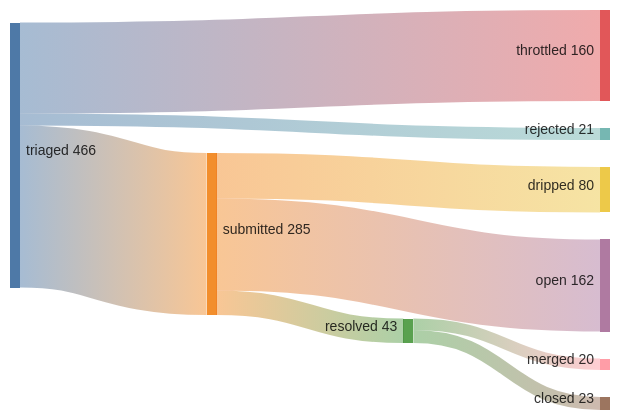
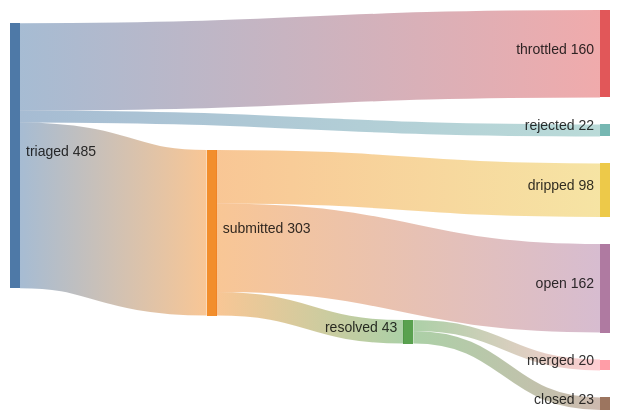
One commit to kimjune01/kimjune01 changed the first of 2 diagrams in README.md. Above: the diagram before and after it, drawn with Mermaid. The commit also changed other lines of this file, not shown here.

Commit message:
stats: 20/43 = 46% (08:13 UTC)

````diff
--- a/README.md
+++ b/README.md
@@ -3,11 +3,11 @@
 ```mermaid
 sankey-beta
-    triaged,    submitted, 285
+    triaged,    submitted, 303
     triaged,    throttled, 160
-    triaged,    rejected,  21
+    triaged,    rejected,  22
     submitted,  resolved,  43
-    submitted,  dripped,   80
+    submitted,  dripped,   98
     submitted,  open,      162
     resolved,   merged,    20
     resolved,   closed,    23
 ```
````
